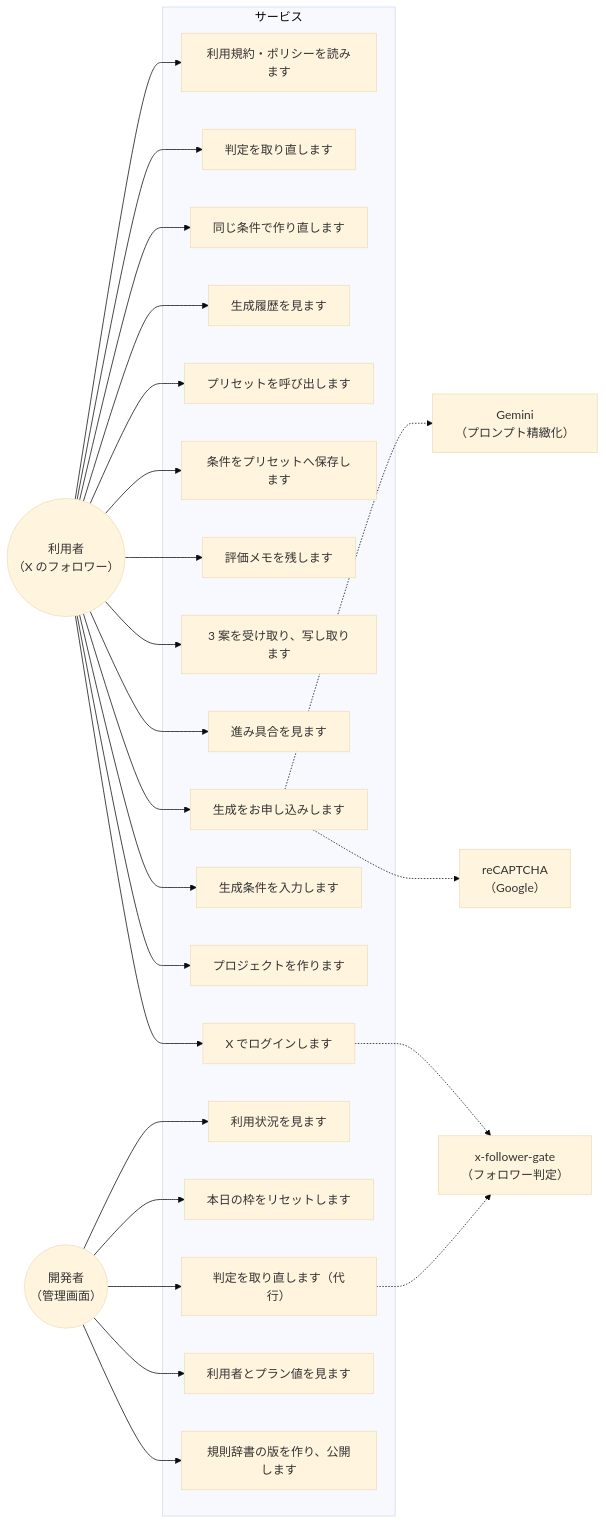
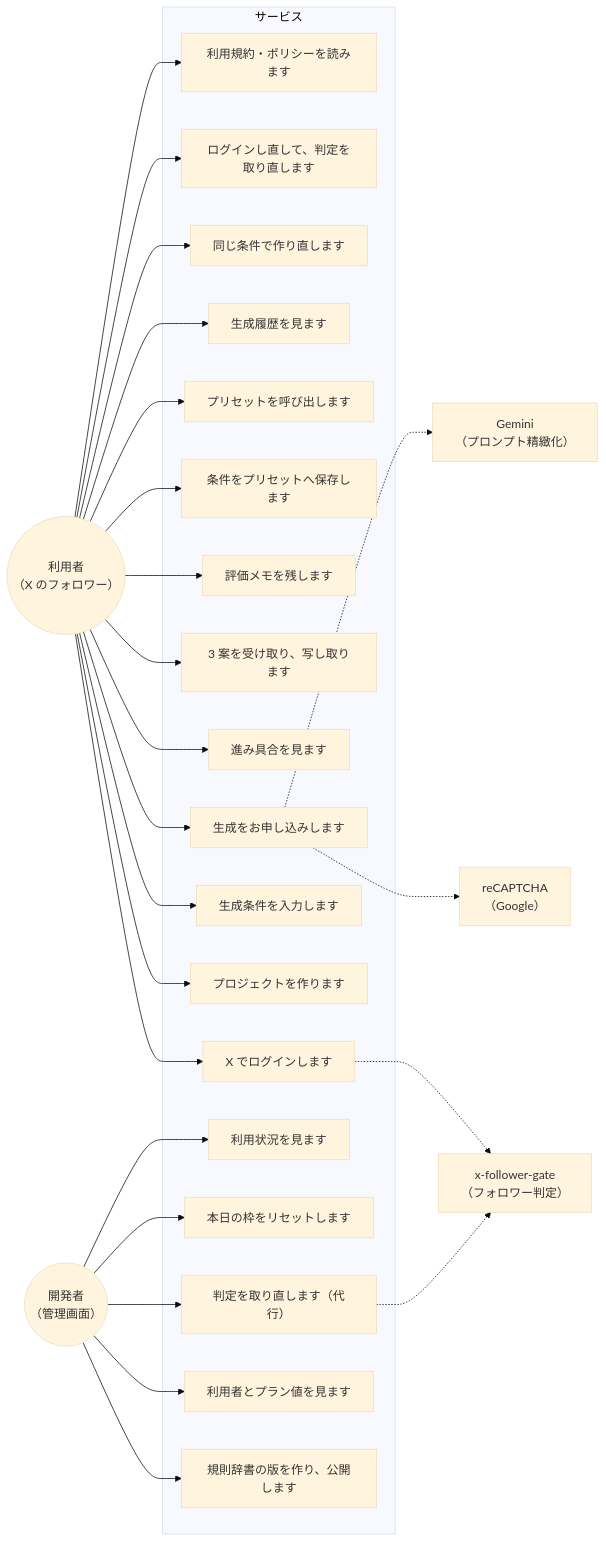
The diagram in SPEC/usecase.md (rictaworks/hero-prompt-forge), drawn with Mermaid (base theme) before and after one commit. The commit also changed other lines of this file and 9 other files, not shown here.

````diff
--- a/SPEC/usecase.md
+++ b/SPEC/usecase.md
@@ -5,55 +5,55 @@
 ```mermaid
 graph LR
     利用者(("利用者<br/>（X のフォロワー）"))
     管理者(("開発者<br/>（管理画面）"))
     Bot対策["reCAPTCHA<br/>（Google）"]
     判定["x-follower-gate<br/>（フォロワー判定）"]
     LLM["Gemini<br/>（プロンプト精緻化）"]
 
     subgraph サービス
         UC1["X でログインします"]
         UC2["プロジェクトを作ります"]
         UC3["生成条件を入力します"]
         UC4["生成をお申し込みします"]
         UC5["進み具合を見ます"]
         UC6["3 案を受け取り、写し取ります"]
         UC7["評価メモを残します"]
         UC8["条件をプリセットへ保存します"]
         UC9["プリセットを呼び出します"]
         UC10["生成履歴を見ます"]
         UC11["同じ条件で作り直します"]
-        UC12["判定を取り直します"]
+        UC12["ログインし直して、判定を取り直します"]
         UC13["利用規約・ポリシーを読みます"]
 
         UC20["規則辞書の版を作り、公開します"]
         UC21["利用者とプラン値を見ます"]
         UC22["判定を取り直します（代行）"]
         UC23["本日の枠をリセットします"]
         UC24["利用状況を見ます"]
     end
 
     利用者 --> UC1
     利用者 --> UC2
     利用者 --> UC3
     利用者 --> UC4
     利用者 --> UC5
     利用者 --> UC6
     利用者 --> UC7
     利用者 --> UC8
     利用者 --> UC9
     利用者 --> UC10
     利用者 --> UC11
     利用者 --> UC12
     利用者 --> UC13
 
     管理者 --> UC20
     管理者 --> UC21
     管理者 --> UC22
     管理者 --> UC23
     管理者 --> UC24
 
     UC1 -.-> 判定
     UC4 -.-> Bot対策
     UC4 -.-> LLM
     UC22 -.-> 判定
 ```
````
